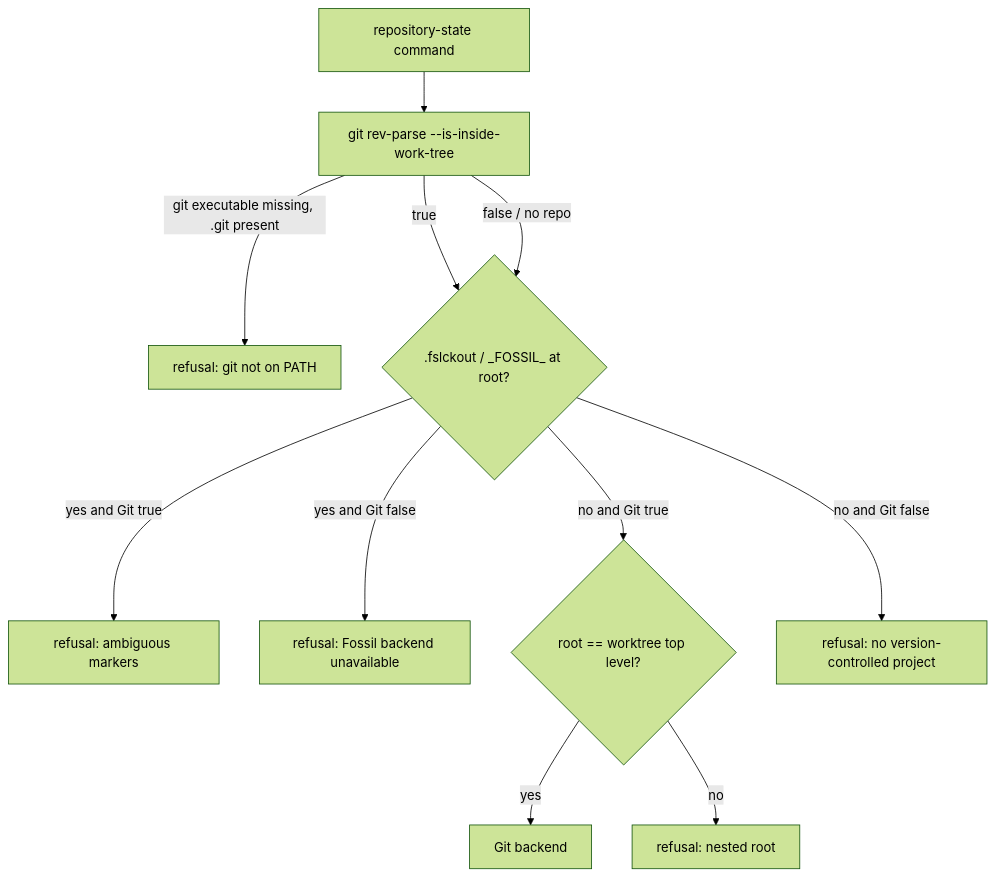
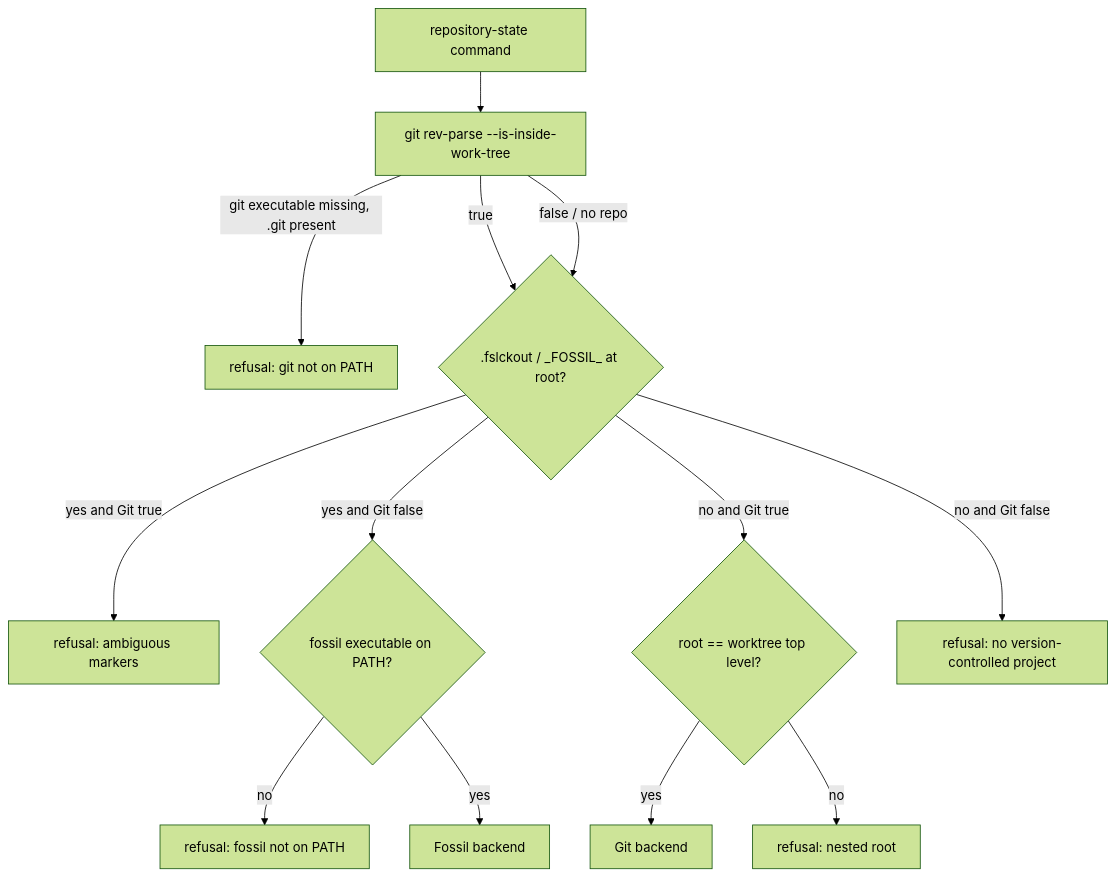
The third of 3 diagrams in docs/arc42/06-runtime-view.md (buster/givn), drawn with Mermaid (forest theme) before and after one commit. The commit also changed other lines of this file and 23 other files, not shown here.

Commit message:
docs(archive-change): record the plan and architecture impact

````diff
--- a/docs/arc42/06-runtime-view.md
+++ b/docs/arc42/06-runtime-view.md
@@ -371,13 +380,15 @@
 ```mermaid
 flowchart TD
   Cmd[repository-state command] --> GitProbe["git rev-parse --is-inside-work-tree"]
   GitProbe -->|"git executable missing, .git present"| Missing[refusal: git not on PATH]
   GitProbe -->|"true"| FossilProbe{".fslckout / _FOSSIL_ at root?"}
   GitProbe -->|"false / no repo"| FossilProbe
   FossilProbe -->|"yes and Git true"| Ambiguous[refusal: ambiguous markers]
-  FossilProbe -->|"yes and Git false"| Fossil[refusal: Fossil backend unavailable]
+  FossilProbe -->|"yes and Git false"| FossilExec{"fossil executable on PATH?"}
+  FossilExec -->|no| FossilMissing[refusal: fossil not on PATH]
+  FossilExec -->|yes| Fossil[Fossil backend]
   FossilProbe -->|"no and Git true"| Boundary{root == worktree top level?}
   FossilProbe -->|"no and Git false"| None[refusal: no version-controlled project]
   Boundary -->|yes| Git[Git backend]
   Boundary -->|no| Nested[refusal: nested root]
 ```
````
